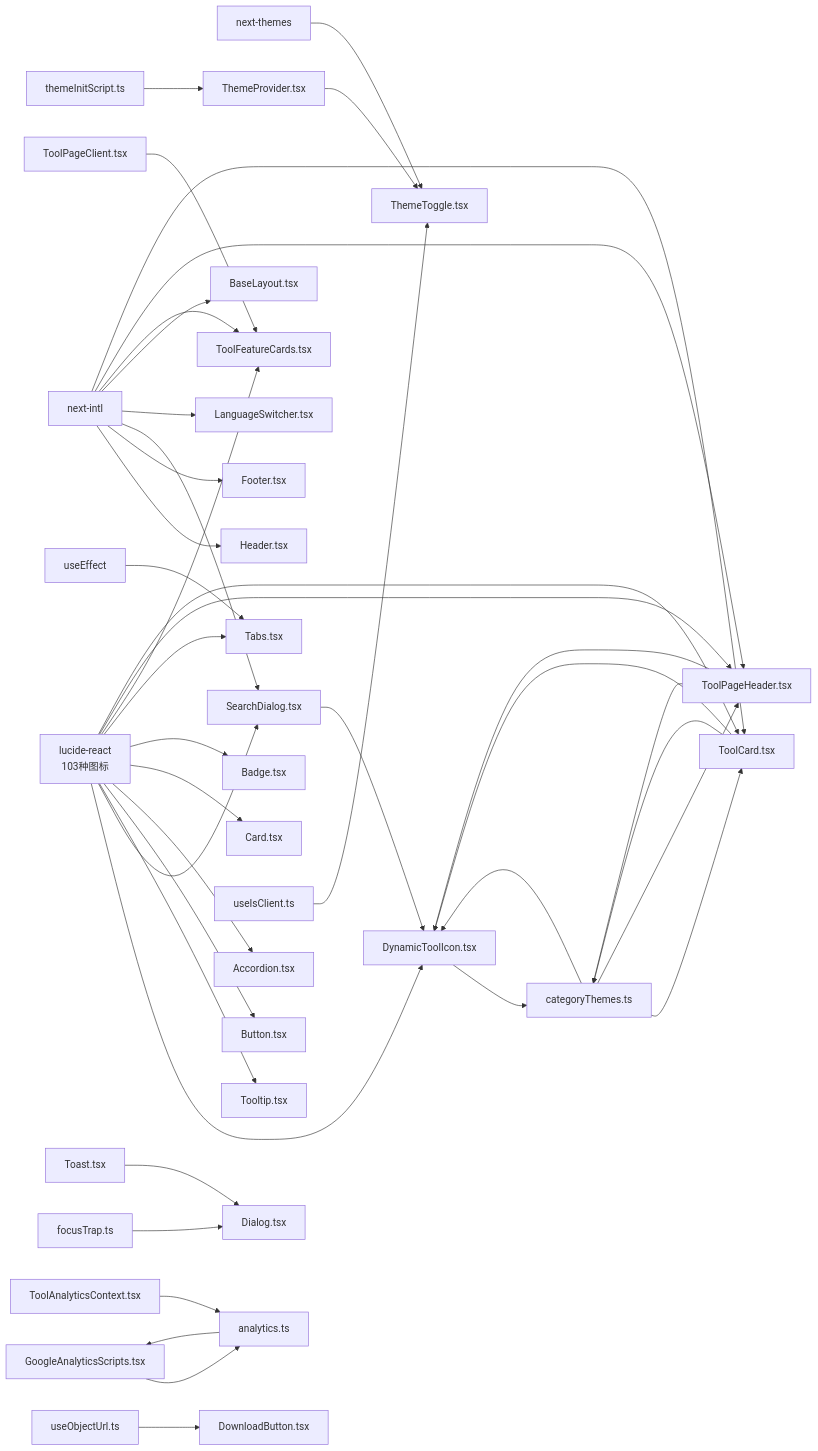
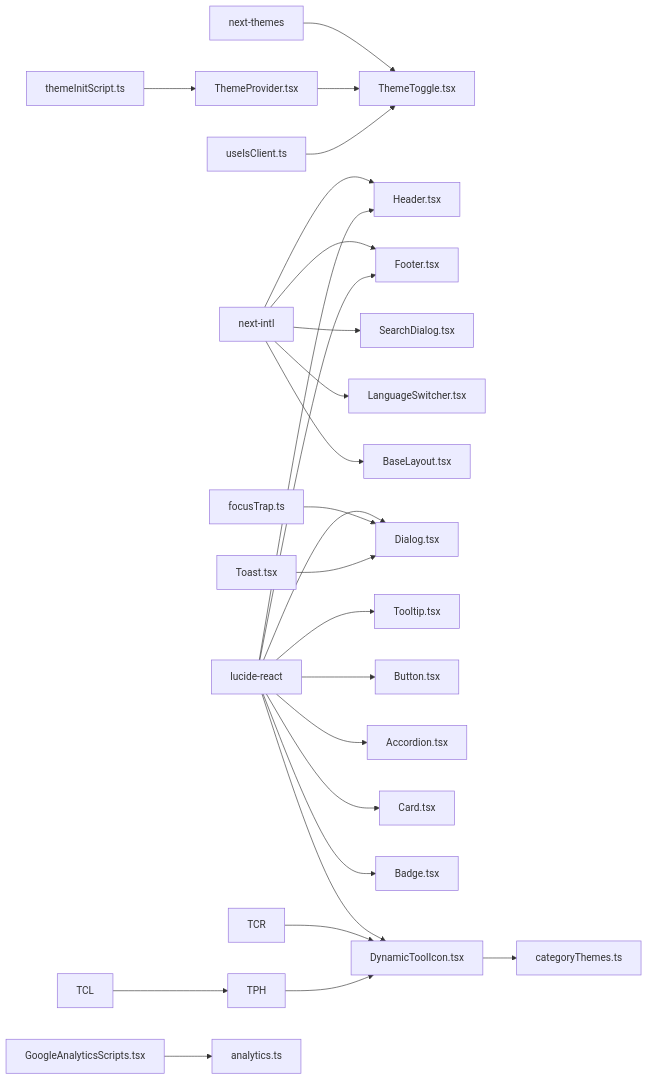
The third of 3 diagrams in .qoder/repowiki/zh/content/UI组件系统/UI组件系统.md (sgyy/privadeck), drawn with Mermaid before and after one commit. The commit also changed other lines of this file and 48 other files, not shown here.

````diff
--- a/.qoder/repowiki/zh/content/UI组件系统/UI组件系统.md
+++ b/.qoder/repowiki/zh/content/UI组件系统/UI组件系统.md
@@ -1393,43 +734,28 @@
 ```mermaid
 graph LR
 NTP["next-themes"] --> TMT["ThemeToggle.tsx"]
 NTL["next-intl"] --> HDR["Header.tsx"]
 NTL --> FTR["Footer.tsx"]
 NTL --> SDI["SearchDialog.tsx"]
 NTL --> LSW["LanguageSwitcher.tsx"]
 NTL --> BL["BaseLayout.tsx"]
-NTL --> TFC["ToolFeatureCards.tsx"]
-NTL --> TPH["ToolPageHeader.tsx"]
-NTL --> TC["ToolCard.tsx"]
-LCR["lucide-react<br/>103种图标"] --> DTI["DynamicToolIcon.tsx"]
-LCR --> SDI
+LCR["lucide-react"] --> HDR
+LCR --> FTR
+LCR --> DLG["Dialog.tsx"]
 LCR --> TTP["Tooltip.tsx"]
 LCR --> BTN["Button.tsx"]
 LCR --> ACC["Accordion.tsx"]
 LCR --> CAR["Card.tsx"]
 LCR --> BAD["Badge.tsx"]
-LCR --> TAB["Tabs.tsx"]
-LCR --> TFC
-LCR --> TPH
-LCR --> TC
-FT["focusTrap.ts"] --> DLG["Dialog.tsx"]
+LCR --> DTI["DynamicToolIcon.tsx"]
+DTI --> CTH["categoryThemes.ts"]
+TCR --> DTI
+TPH --> DTI
+TCL --> TPH
+FT["focusTrap.ts"] --> DLG
 TST["Toast.tsx"] --> DLG
 TPR["ThemeProvider.tsx"] --> TMT
 TIS["themeInitScript.ts"] --> TPR
 UIC["useIsClient.ts"] --> TMT
 GAS["GoogleAnalyticsScripts.tsx"] --> ANL["analytics.ts"]
-UOU["useObjectUrl.ts"] --> DNB["DownloadButton.tsx"]
-TPC["ToolPageClient.tsx"] --> TFC
-UE["useEffect"] --> TAB
-ANL["analytics.ts"] --> GAS
-TAC["ToolAnalyticsContext.tsx"] --> ANL
-CTS["categoryThemes.ts"] --> DTI
-CTS --> TC
-CTS --> TPH
-DTI --> CTS
-SDI --> DTI
-TC --> DTI
-TC --> CTS
-TPH --> DTI
-TPH --> CTS
 ```
````
